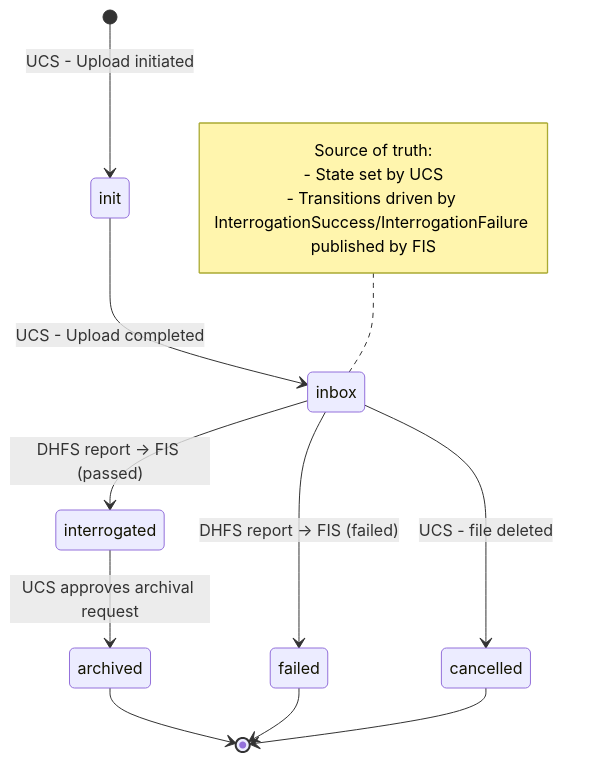
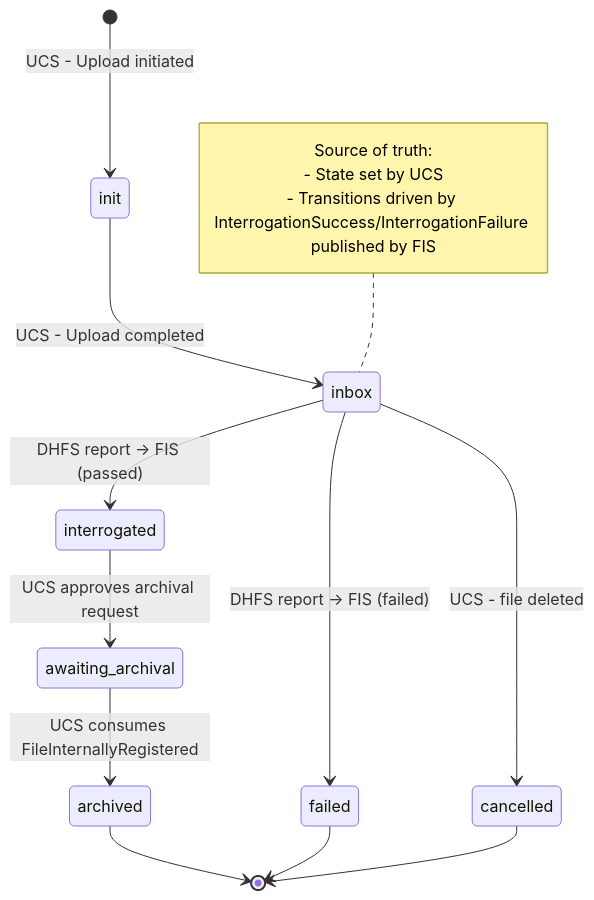
The third of 3 diagrams in 84-sarcastic-fringehead/technical_specification.md (ghga-de/epic-docs), drawn with Mermaid before and after one commit. The commit also changed other lines of this file, not shown here.

````diff
--- a/84-sarcastic-fringehead/technical_specification.md
+++ b/84-sarcastic-fringehead/technical_specification.md
@@ -740,18 +745,19 @@
 ```mermaid
 stateDiagram-v2
     [*] --> init: UCS - Upload initiated
     init --> inbox: UCS - Upload completed
     inbox --> interrogated: DHFS report -> FIS (passed)
     inbox --> failed: DHFS report -> FIS (failed)
     inbox --> cancelled: UCS - file deleted
-    interrogated --> archived: UCS approves archival request
+    interrogated --> awaiting_archival: UCS approves archival request
+    awaiting_archival --> archived: UCS consumes FileInternallyRegistered
     archived --> [*]
     failed --> [*]
     cancelled --> [*]
 
     note left of inbox
       Source of truth:
       - State set by UCS
       - Transitions driven by InterrogationSuccess/InterrogationFailure published by FIS
     end note
 ```
````
